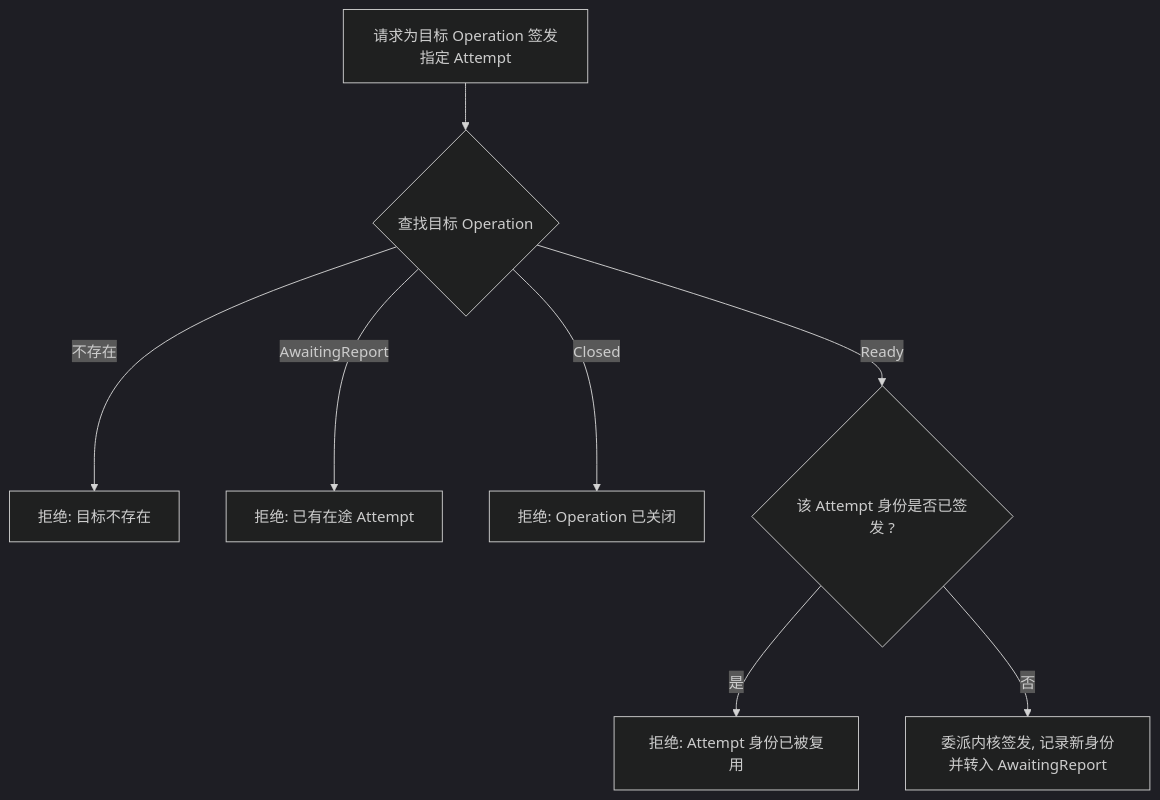
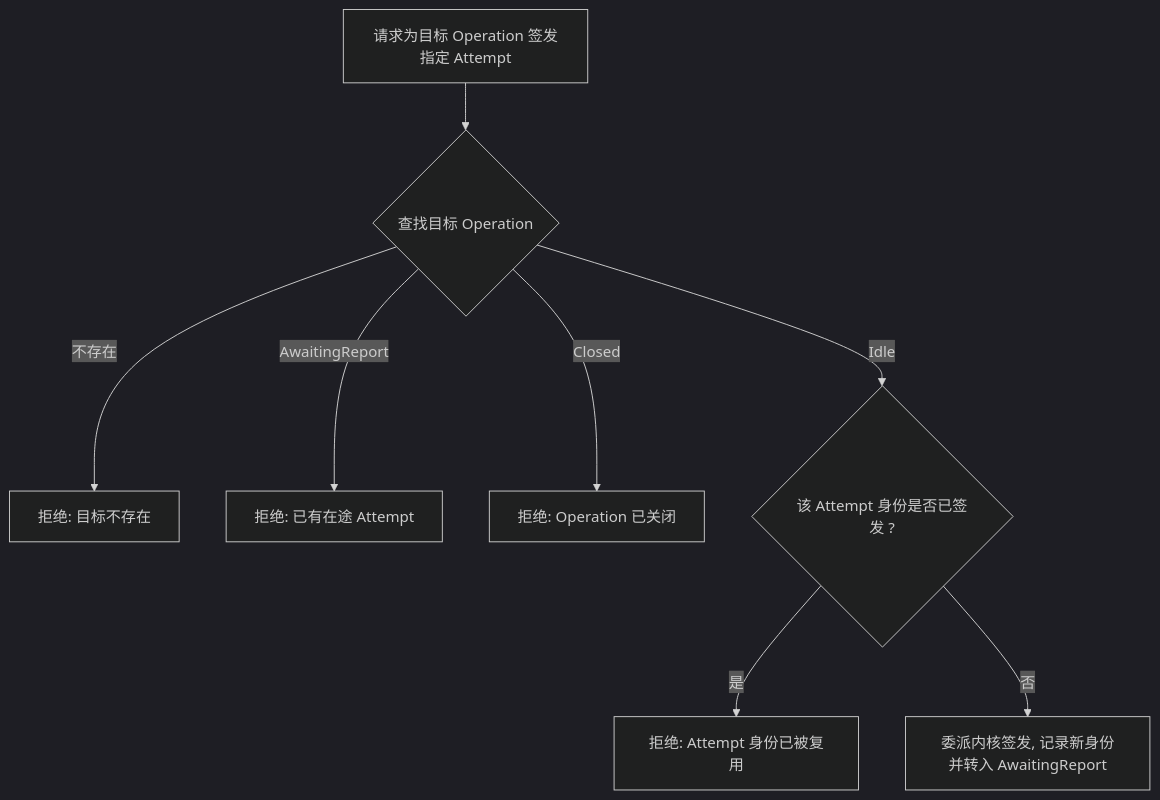
The second of 2 diagrams in spec/02-ledger.md (Everfold/Beamlet), drawn with Mermaid (dark theme) before and after one commit. The commit also changed other lines of this file and 19 other files, not shown here.

````diff
--- a/spec/02-ledger.md
+++ b/spec/02-ledger.md
@@ -25,10 +25,10 @@
 ```mermaid
 flowchart TD
     Req["请求为目标 Operation 签发指定 Attempt"] --> FindOp{"查找目标 Operation"}
     FindOp -->|"不存在"| E1["拒绝: 目标不存在"]
     FindOp -->|"AwaitingReport"| E2["拒绝: 已有在途 Attempt"]
     FindOp -->|"Closed"| E3["拒绝: Operation 已关闭"]
-    FindOp -->|"Ready"| Used{"该 Attempt 身份是否已签发 ?"}
+    FindOp -->|"Idle"| Used{"该 Attempt 身份是否已签发 ?"}
     Used -->|"是"| E4["拒绝: Attempt 身份已被复用"]
     Used -->|"否"| OK["委派内核签发, 记录新身份并转入 AwaitingReport"]
 ```
````
